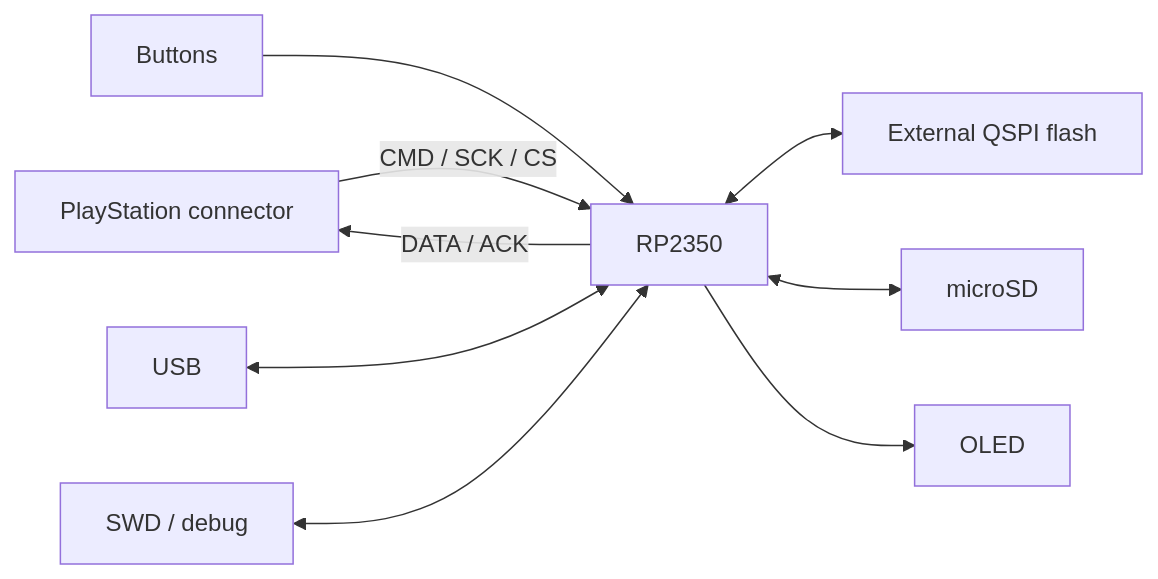
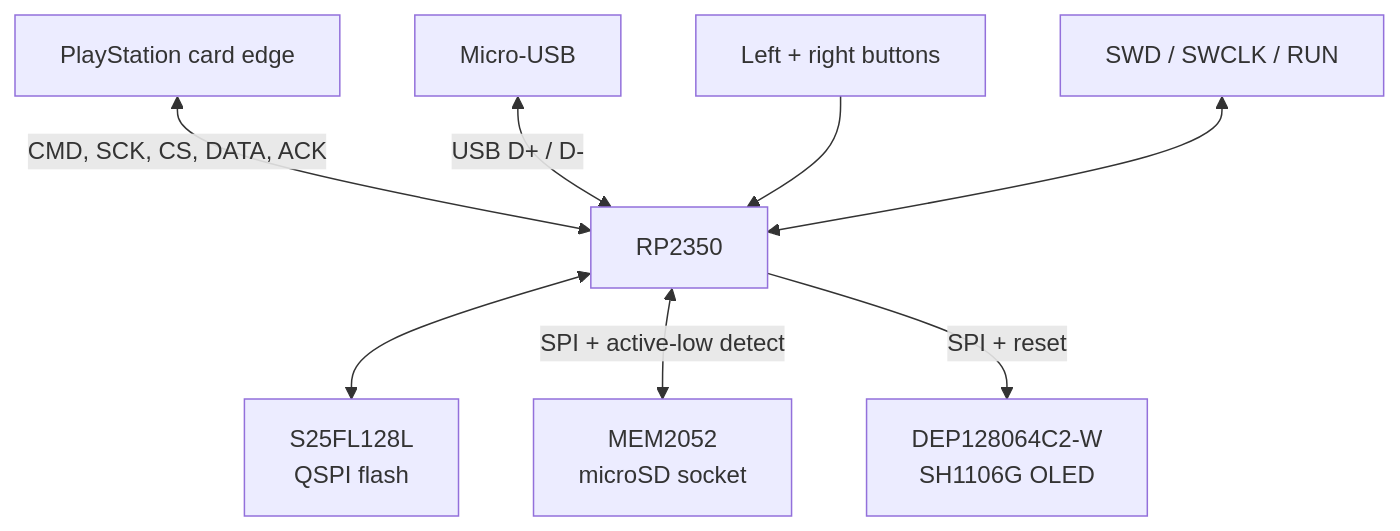
Before and after one commit to Blachovsky/PS-microCard: the first of 2 diagrams in docs/hardware.md, drawn with Mermaid. The commit also changed other lines of this file and 8 other files, not shown here.

````diff
--- a/docs/hardware.md
+++ b/docs/hardware.md
@@ -25,12 +91,19 @@
 ```mermaid
-flowchart LR
-    PS1[PlayStation connector] -->|CMD / SCK / CS| MCU[RP2350]
-    MCU -->|DATA / ACK| PS1
+flowchart TB
+    PS1["PlayStation card edge"]
+    USB["Micro-USB"]
+    MCU["RP2350"]
+    FLASH["S25FL128L<br/>QSPI flash"]
+    SD["MEM2052<br/>microSD socket"]
+    PANEL["DEP128064C2-W<br/>SH1106G OLED"]
+    BUTTONS["Left + right buttons"]
+    DEBUG["SWD / SWCLK / RUN"]
 
-    MCU <--> QSPI[External QSPI flash]
-    MCU <--> SD[microSD]
-    MCU --> OLED[OLED]
-    BTN[Buttons] --> MCU
-    USB[USB] <--> MCU
-    DBG[SWD / debug] <--> MCU
+    PS1 <-->|"CMD, SCK, CS, DATA, ACK"| MCU
+    USB <-->|"USB D+ / D-"| MCU
+    MCU <--> FLASH
+    MCU <-->|"SPI + active-low detect"| SD
+    MCU -->|"SPI + reset"| PANEL
+    BUTTONS --> MCU
+    DEBUG <--> MCU
 ```
````
